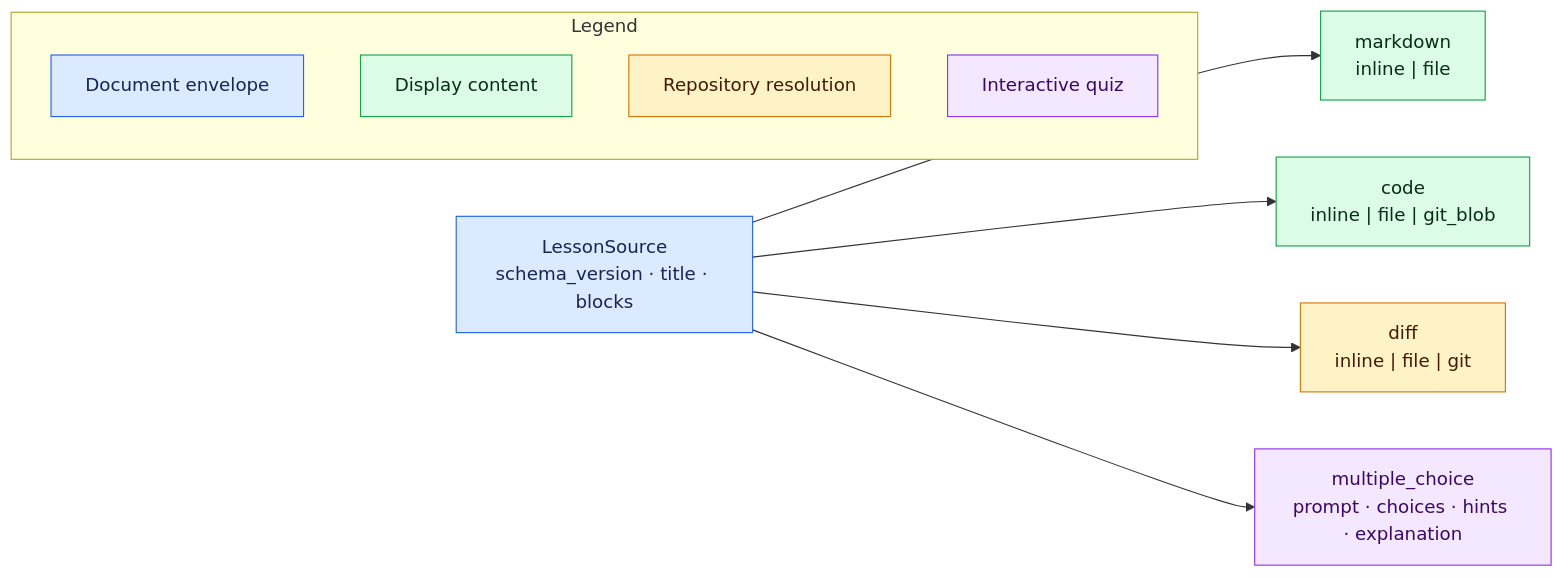
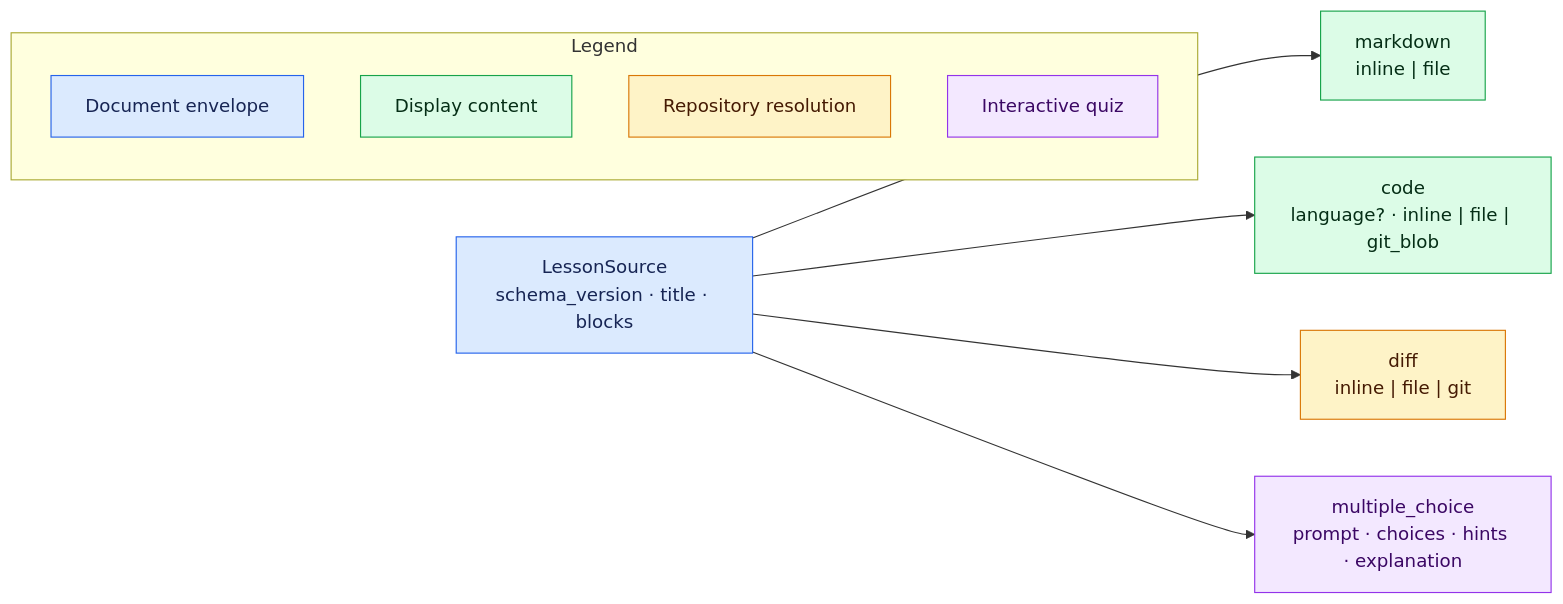
One commit to negative-nilgiri/teacher changed the diagram in docs/AUTHORING.md. Above: the diagram before and after it, drawn with Mermaid. The commit also changed other lines of this file and 131 other files, not shown here.

````diff
--- a/docs/AUTHORING.md
+++ b/docs/AUTHORING.md
@@ -30,20 +30,20 @@
 ```mermaid
 flowchart LR
     L["LessonSource<br/>schema_version · title · blocks"]:::envelope
     L --> M["markdown<br/>inline | file"]:::content
-    L --> C["code<br/>inline | file | git_blob"]:::content
+    L --> C["code<br/>language? · inline | file | git_blob"]:::content
     L --> D["diff<br/>inline | file | git"]:::repository
     L --> Q["multiple_choice<br/>prompt · choices · hints · explanation"]:::quiz
 
     subgraph Legend
       LE["Document envelope"]:::envelope
       LC["Display content"]:::content
       LR["Repository resolution"]:::repository
       LQ["Interactive quiz"]:::quiz
     end
 
     classDef envelope fill:#dbeafe,stroke:#2563eb,color:#172554
     classDef content fill:#dcfce7,stroke:#16a34a,color:#052e16
     classDef repository fill:#fef3c7,stroke:#d97706,color:#451a03
     classDef quiz fill:#f3e8ff,stroke:#9333ea,color:#3b0764
 ```
````
